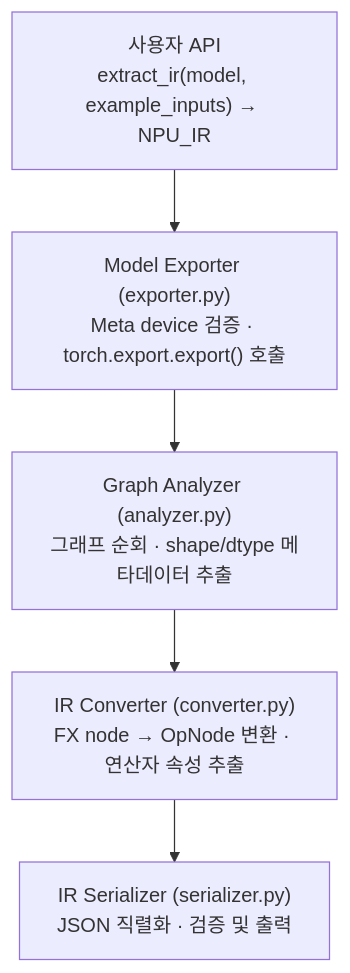
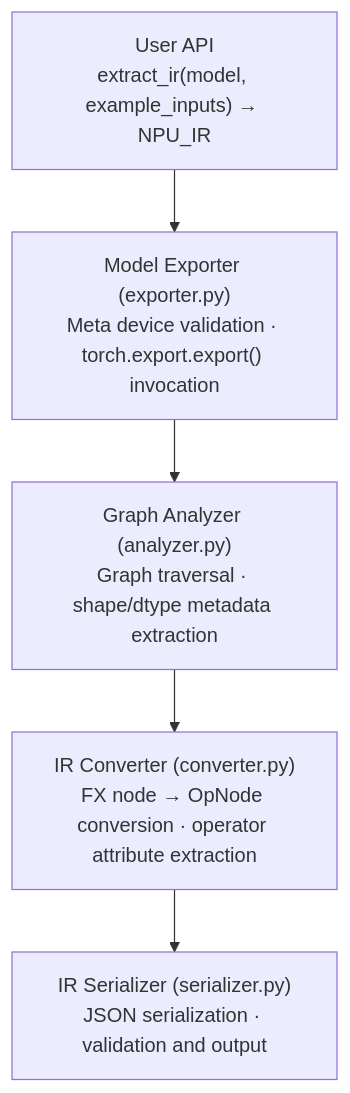
The first of 2 diagrams in docs/concepts.md (sweetcocoa/pytorch-ir), drawn with Mermaid before and after one commit. The commit also changed other lines of this file and 48 other files, not shown here.

First line of the commit message:
Fix Mermaid line breaks, switch default locale to English, eliminate autorefs warnings

````diff
--- a/docs/concepts.md
+++ b/docs/concepts.md
@@ -106,9 +106,9 @@
 ```mermaid
 flowchart TD
-    A["사용자 API\nextract_ir(model, example_inputs) → NPU_IR"]
-    B["Model Exporter (exporter.py)\nMeta device 검증 · torch.export.export() 호출"]
-    C["Graph Analyzer (analyzer.py)\n그래프 순회 · shape/dtype 메타데이터 추출"]
-    D["IR Converter (converter.py)\nFX node → OpNode 변환 · 연산자 속성 추출"]
-    E["IR Serializer (serializer.py)\nJSON 직렬화 · 검증 및 출력"]
+    A["User API<br/>extract_ir(model, example_inputs) → NPU_IR"]
+    B["Model Exporter (exporter.py)<br/>Meta device validation · torch.export.export() invocation"]
+    C["Graph Analyzer (analyzer.py)<br/>Graph traversal · shape/dtype metadata extraction"]
+    D["IR Converter (converter.py)<br/>FX node → OpNode conversion · operator attribute extraction"]
+    E["IR Serializer (serializer.py)<br/>JSON serialization · validation and output"]
     A --> B --> C --> D --> E
 ```
````
